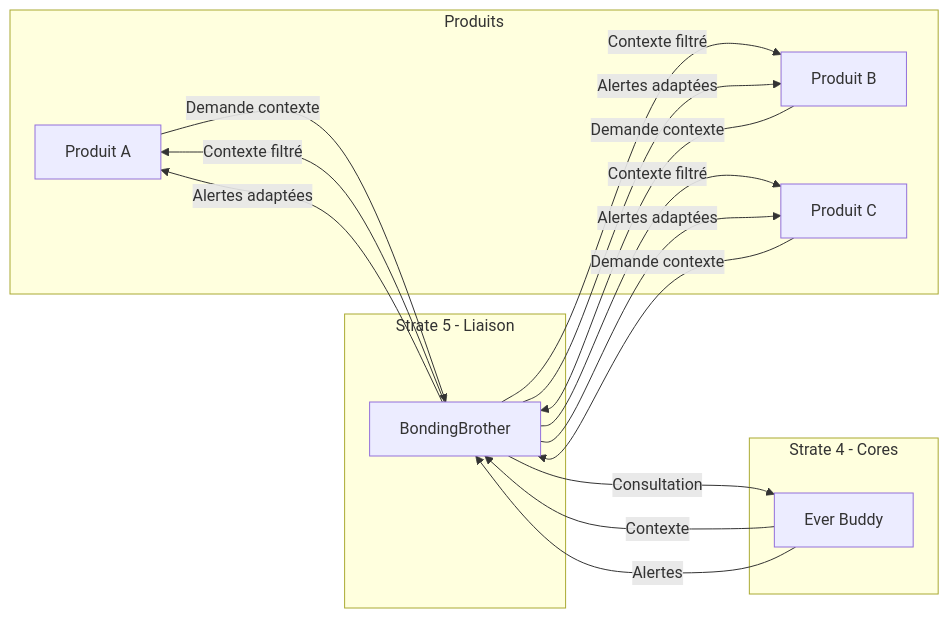
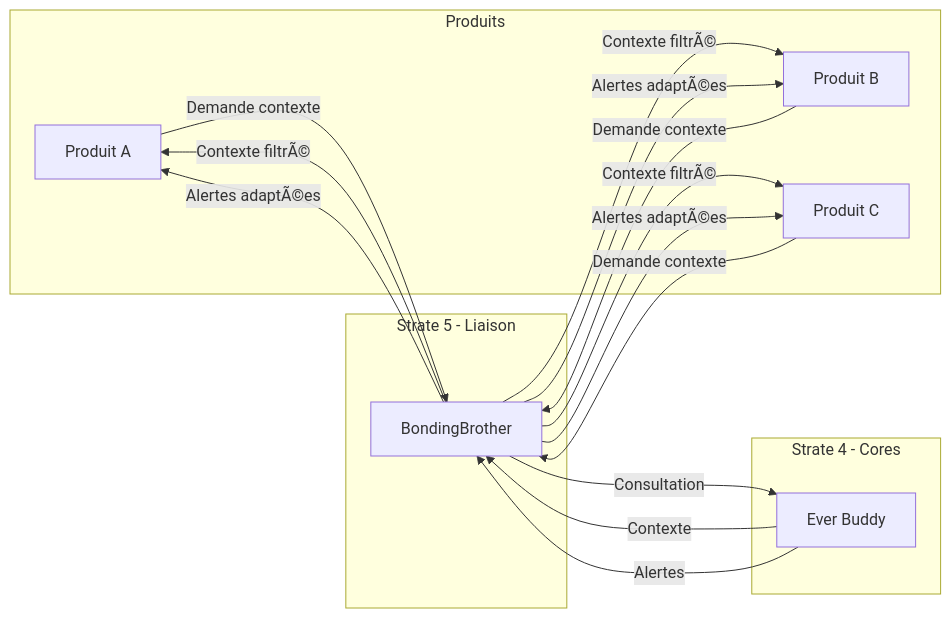
Before and after one commit to StudioMiyukini/miyukini_cog: the sixth of 6 diagrams in docs/cores/EverBuddy/architecture/Ever Buddy - Evolution Flows.md, drawn with Mermaid. The commit also changed other lines of this file and 1287 other files, not shown here.

````diff
--- a/docs/cores/EverBuddy/architecture/Ever Buddy - Evolution Flows.md
+++ b/docs/cores/EverBuddy/architecture/Ever Buddy - Evolution Flows.md
@@ -675,32 +675,32 @@
 ```mermaid
 graph LR
     subgraph Produits
         P1[Produit A]
         P2[Produit B]
         P3[Produit C]
     end
 
     subgraph Strate5[Strate 5 - Liaison]
         BB[BondingBrother]
     end
 
     subgraph Strate4[Strate 4 - Cores]
         EB[Ever Buddy]
     end
 
     P1 -->|Demande contexte| BB
     P2 -->|Demande contexte| BB
     P3 -->|Demande contexte| BB
 
     BB -->|Consultation| EB
     EB -->|Contexte| BB
 
-    BB -->|Contexte filtré| P1
-    BB -->|Contexte filtré| P2
-    BB -->|Contexte filtré| P3
+    BB -->|Contexte filtrÃ©| P1
+    BB -->|Contexte filtrÃ©| P2
+    BB -->|Contexte filtrÃ©| P3
 
     EB -->|Alertes| BB
-    BB -->|Alertes adaptées| P1
-    BB -->|Alertes adaptées| P2
-    BB -->|Alertes adaptées| P3
+    BB -->|Alertes adaptÃ©es| P1
+    BB -->|Alertes adaptÃ©es| P2
+    BB -->|Alertes adaptÃ©es| P3
 ```
````
